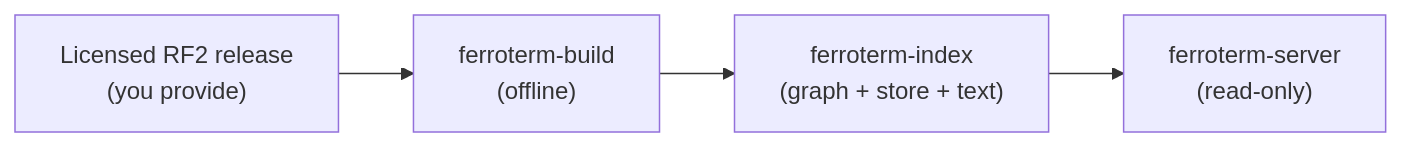
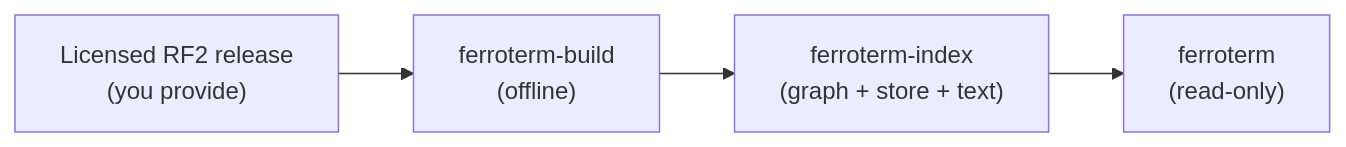
One commit to rubentalstra/FerroTERM changed the diagram in website/book/src/operate/loading-snomed.md. Above: the diagram before and after it, drawn with Mermaid. The commit also changed 4 other files, not shown here.

First line of the commit message:
fix(release): name the server binary ferroterm so the release build packages it (#53)

````diff
--- a/website/book/src/operate/loading-snomed.md
+++ b/website/book/src/operate/loading-snomed.md
@@ -33,6 +33,6 @@
 ```mermaid
 graph LR
     RF2["Licensed RF2 release<br/>(you provide)"] --> BUILD["ferroterm-build<br/>(offline)"]
     BUILD --> IDX["ferroterm-index<br/>(graph + store + text)"]
-    IDX --> SRV["ferroterm-server<br/>(read-only)"]
+    IDX --> SRV["ferroterm<br/>(read-only)"]
 ```
````
